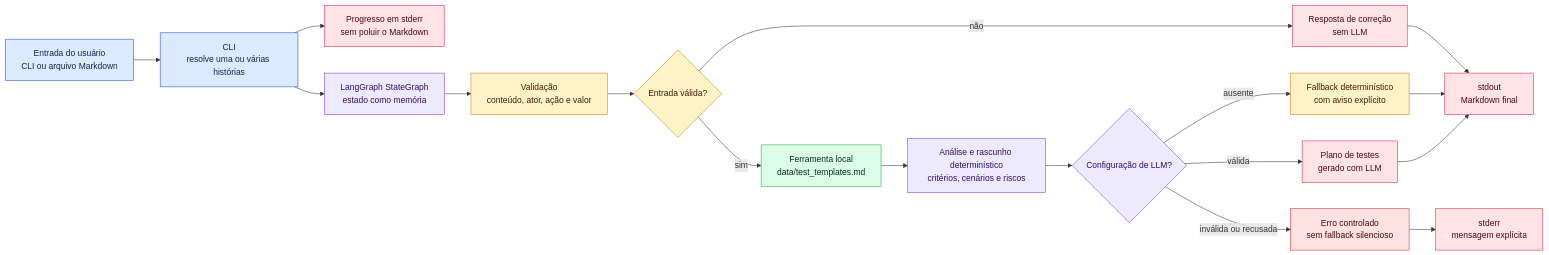
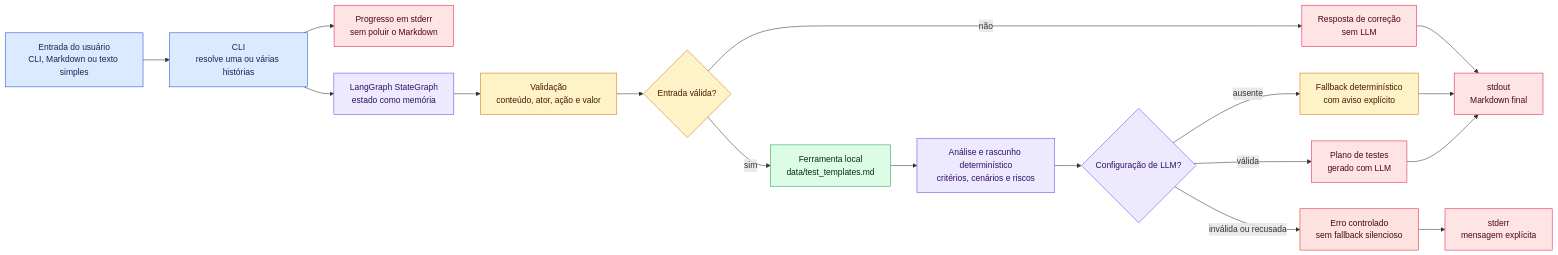
Before and after one commit to geocarlos/test-plan-agent: the first of 2 diagrams in README.md, drawn with Mermaid. The commit also changed other lines of this file, not shown here.

````diff
--- a/README.md
+++ b/README.md
@@ -42,34 +42,34 @@
 ```mermaid
 flowchart LR
-    user_input[Entrada do usuário<br/>CLI ou arquivo Markdown] --> cli[CLI<br/>resolve uma ou várias histórias]
+    user_input[Entrada do usuário<br/>CLI, Markdown ou texto simples] --> cli[CLI<br/>resolve uma ou várias histórias]
     cli --> progress[Progresso em stderr<br/>sem poluir o Markdown]
     cli --> graph_state[LangGraph StateGraph<br/>estado como memória]
     graph_state --> validate[Validação<br/>conteúdo, ator, ação e valor]
     validate --> validation_gate{Entrada válida?}
     validation_gate -->|não| correction[Resposta de correção<br/>sem LLM]
     validation_gate -->|sim| context[Ferramenta local<br/>data/test_templates.md]
     context --> deterministic[Análise e rascunho determinístico<br/>critérios, cenários e riscos]
     deterministic --> llm{Configuração de LLM?}
     llm -->|ausente| fallback[Fallback determinístico<br/>com aviso explícito]
     llm -->|válida| plan[Plano de testes<br/>gerado com LLM]
     llm -->|inválida ou recusada| controlled_error[Erro controlado<br/>sem fallback silencioso]
     fallback --> output[stdout<br/>Markdown final]
     plan --> output
     correction --> output
     controlled_error --> stderr_error[stderr<br/>mensagem explícita]
 
     classDef inputClass fill:#dbeafe,stroke:#1d4ed8,color:#172554
     classDef validationClass fill:#fef3c7,stroke:#d97706,color:#451a03
     classDef toolClass fill:#dcfce7,stroke:#16a34a,color:#052e16
     classDef graphClass fill:#ede9fe,stroke:#7c3aed,color:#2e1065
     classDef outputClass fill:#ffe4e6,stroke:#e11d48,color:#4c0519
     classDef errorClass fill:#fee2e2,stroke:#dc2626,color:#450a0a
 
     class user_input,cli inputClass
     class validate,validation_gate validationClass
     class context toolClass
     class graph_state,deterministic,llm graphClass
     class correction,plan,output,progress,stderr_error outputClass
     class fallback validationClass
     class controlled_error errorClass
 ```
````
